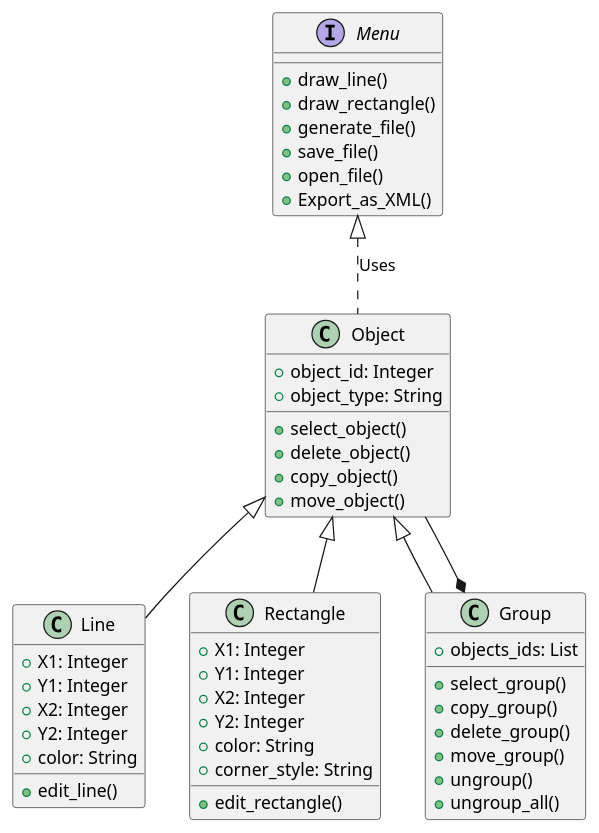
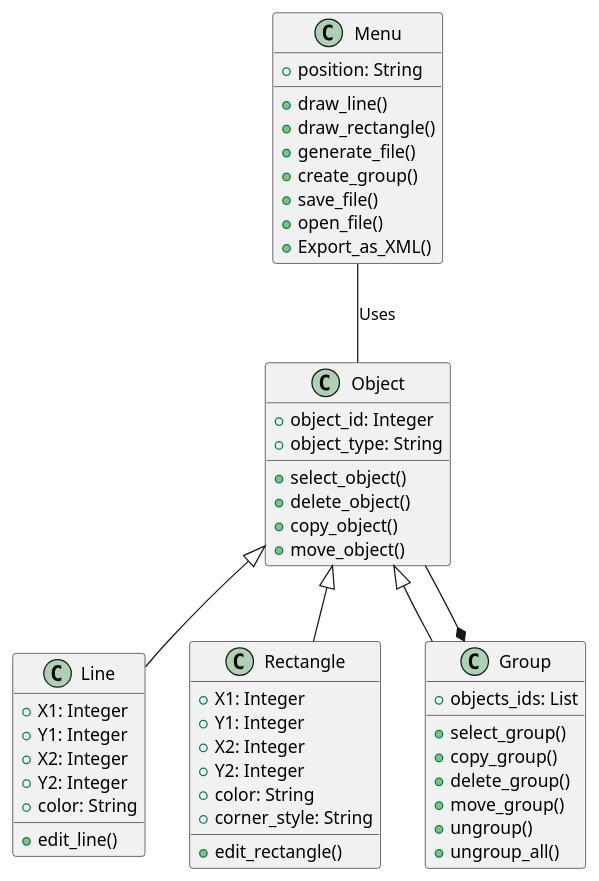
Before and after one commit to Sudhankd/DASS_bonus_assgn: the diagram in doc/class_diagram.puml, drawn with PlantUML.

Commit message:
class_diag

```diff
--- a/doc/class_diagram.puml
+++ b/doc/class_diagram.puml
@@ -1,56 +1,58 @@
 @startuml
 
 class Object {
 + object_id: Integer
 + object_type: String
 + select_object()
 + delete_object()
 + copy_object()
 + move_object()
 }
 
 class Line {
 + X1: Integer
 + Y1: Integer
 + X2: Integer
 + Y2: Integer
 + color: String
 + edit_line()
 }
 
 class Rectangle {
 + X1: Integer
 + Y1: Integer
 + X2: Integer
 + Y2: Integer
 + color: String
 + corner_style: String
 + edit_rectangle()
 }
 
 class Group {
 + objects_ids: List
 + select_group()
 + copy_group()
 + delete_group()
 + move_group()
 + ungroup()
 + ungroup_all()
 }
 
-interface Menu {
+class Menu {
+    + position: String
     + draw_line()
     + draw_rectangle()
     + generate_file()
+    + create_group()
     + save_file()
     + open_file()
     + Export_as_XML()
 }
 
 Object <|-- Line
 Object <|-- Rectangle
 Object <|-- Group
-Menu  <|.. Object: Uses
+Menu  -- Object: Uses
 Group *-- Object
 
 @enduml
```
